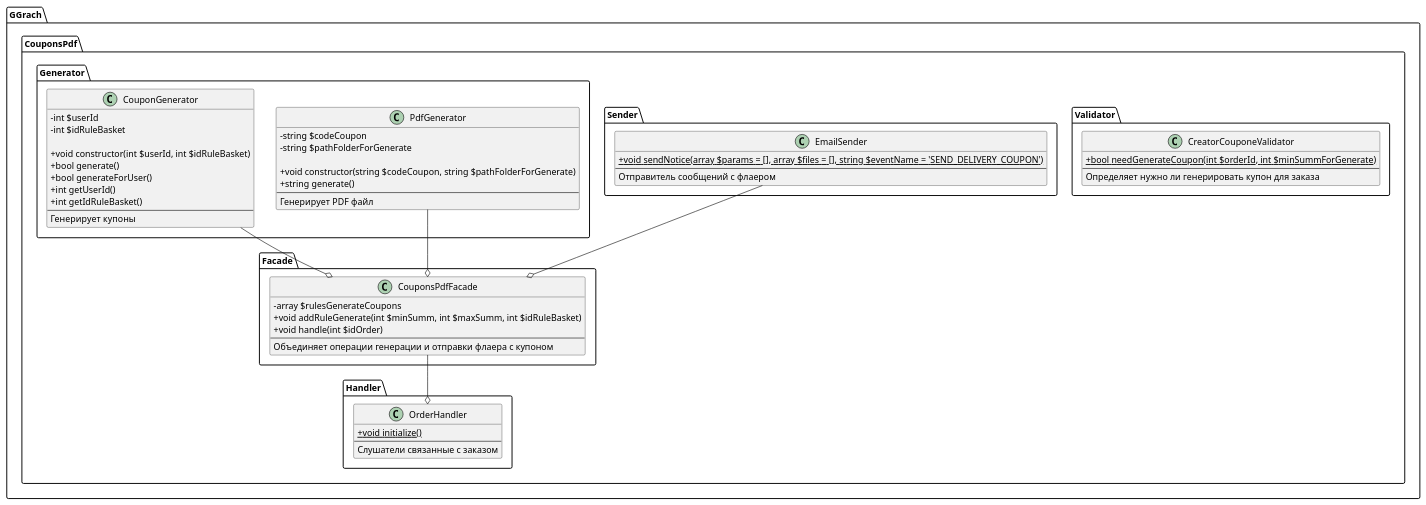
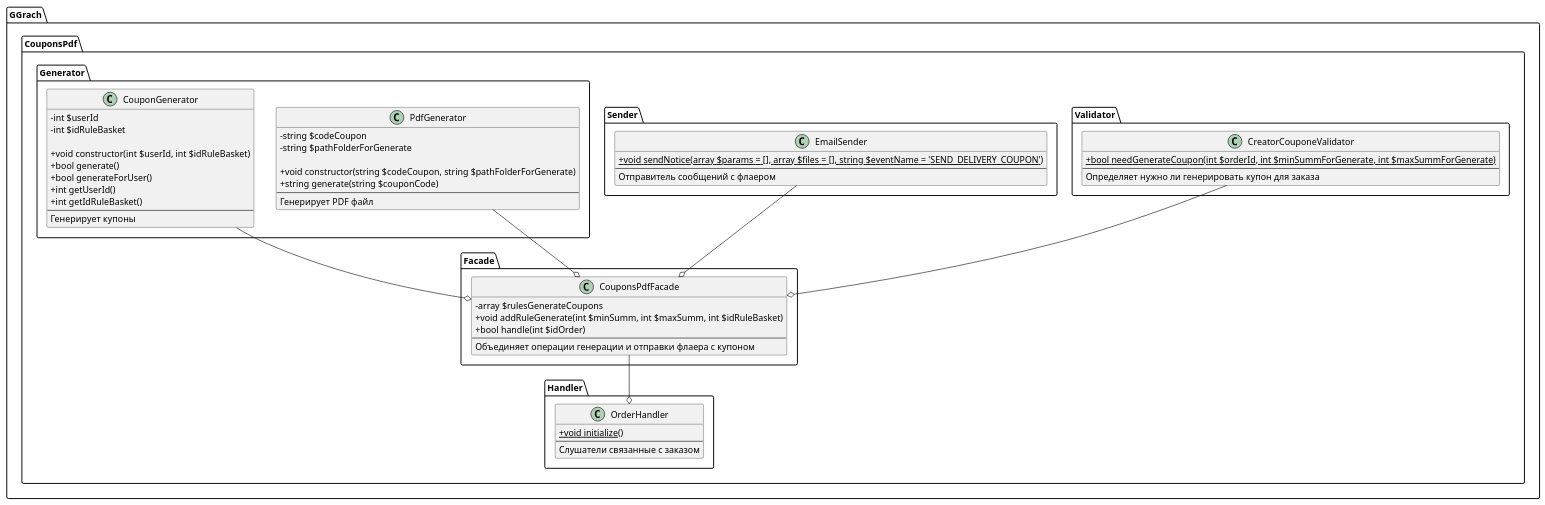
Before and after one commit to ggrachdev/bitrix_module_coupons_pdf: the diagram in classes/structure.puml, drawn with PlantUML. The commit also changed 6 other files, not shown here.

Commit message:
Implemented 90% CouponsPdfFacade

```diff
--- a/classes/structure.puml
+++ b/classes/structure.puml
@@ -1,74 +1,75 @@
 @startuml
 
 skinparam classAttributeIconSize 0
 
 package GGrach.CouponsPdf {
     namespace Handler {
         class OrderHandler {
           + {static} void initialize()
           --
           Слушатели связанные с заказом 
         }
     }
 
     namespace Validator {
         class CreatorCouponeValidator{
-          + {static} bool needGenerateCoupon(int $orderId, int $minSummForGenerate)
+          + {static} bool needGenerateCoupon(int $orderId, int $minSummForGenerate, int $maxSummForGenerate)
           --
           Определяет нужно ли генерировать купон для заказа
         }
     }
 
     namespace Sender {
         class EmailSender {
           + {static} void sendNotice(array $params = [], array $files = [], string $eventName = 'SEND_DELIVERY_COUPON')
           --
           Отправитель сообщений с флаером
         }
     }
 
     namespace Generator {
         class PdfGenerator {
           - string $сodeCoupon
           - string $pathFolderForGenerate
 
           + void constructor(string $сodeCoupon, string $pathFolderForGenerate)
-          + string generate()
+          + string generate(string $couponCode)
           --
           Генерирует PDF файл
         }
 
         class CouponGenerator {
           - int $userId
           - int $idRuleBasket
 
           + void constructor(int $userId, int $idRuleBasket)
           + bool generate()
           + bool generateForUser()
           + int getUserId()
           + int getIdRuleBasket()
           --
           Генерирует купоны
         }
     }
 
 
     namespace Facade {
         class CouponsPdfFacade {
           - array $rulesGenerateCoupons
           + void addRuleGenerate(int $minSumm, int $maxSumm, int $idRuleBasket)
-          + void handle(int $idOrder)
+          + bool handle(int $idOrder)
           --
           Объединяет операции генерации и отправки флаера с купоном
         }
     }
 
 
     Generator.CouponGenerator --o Facade.CouponsPdfFacade
     Generator.PdfGenerator --o Facade.CouponsPdfFacade
+    Validator.CreatorCouponeValidator --o Facade.CouponsPdfFacade
     Sender.EmailSender --o Facade.CouponsPdfFacade
 
     Facade.CouponsPdfFacade --o Handler.OrderHandler
 }
 
 @enduml
```
